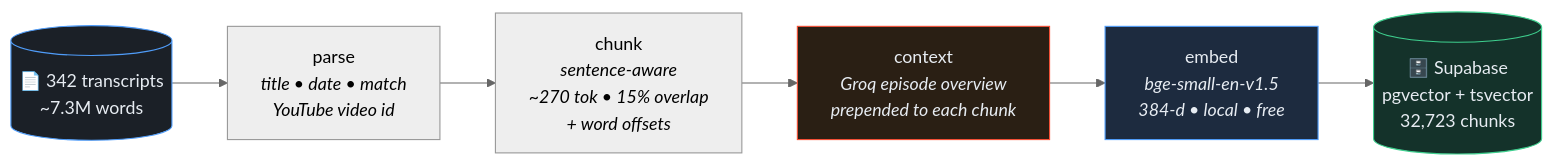
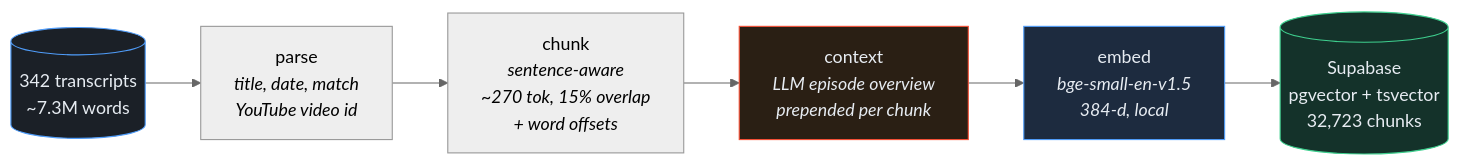
The first of 2 diagrams in README.md (nate-bowers/huberman-rag), drawn with Mermaid (neutral theme) before and after one commit. The commit also changed other lines of this file, not shown here.

````diff
--- a/README.md
+++ b/README.md
@@ -30,13 +18,13 @@
 ```mermaid
 flowchart LR
-    A[("📄 342 transcripts<br/>~7.3M words")] --> B["parse<br/><i>title • date • match<br/>YouTube video id</i>"]
-    B --> C["chunk<br/><i>sentence-aware<br/>~270 tok • 15% overlap<br/>+ word offsets</i>"]
-    C --> D["context<br/><i>Groq episode overview<br/>prepended to each chunk</i>"]
-    D --> E["embed<br/><i>bge-small-en-v1.5<br/>384-d • local • free</i>"]
-    E --> F[("🗄️ Supabase<br/>pgvector + tsvector<br/>32,723 chunks")]
+    A[("342 transcripts<br/>~7.3M words")] --> B["parse<br/><i>title, date, match<br/>YouTube video id</i>"]
+    B --> C["chunk<br/><i>sentence-aware<br/>~270 tok, 15% overlap<br/>+ word offsets</i>"]
+    C --> D["context<br/><i>LLM episode overview<br/>prepended per chunk</i>"]
+    D --> E["embed<br/><i>bge-small-en-v1.5<br/>384-d, local</i>"]
+    E --> F[("Supabase<br/>pgvector + tsvector<br/>32,723 chunks")]
 
     style A fill:#1b2027,stroke:#4f9cf9,color:#e7ecf2
     style F fill:#14322a,stroke:#3ecf8e,color:#e7ecf2
     style D fill:#2a1f14,stroke:#f55036,color:#e7ecf2
     style E fill:#1d2b3f,stroke:#4f9cf9,color:#e7ecf2
 ```
````
